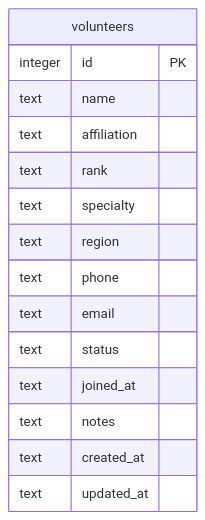
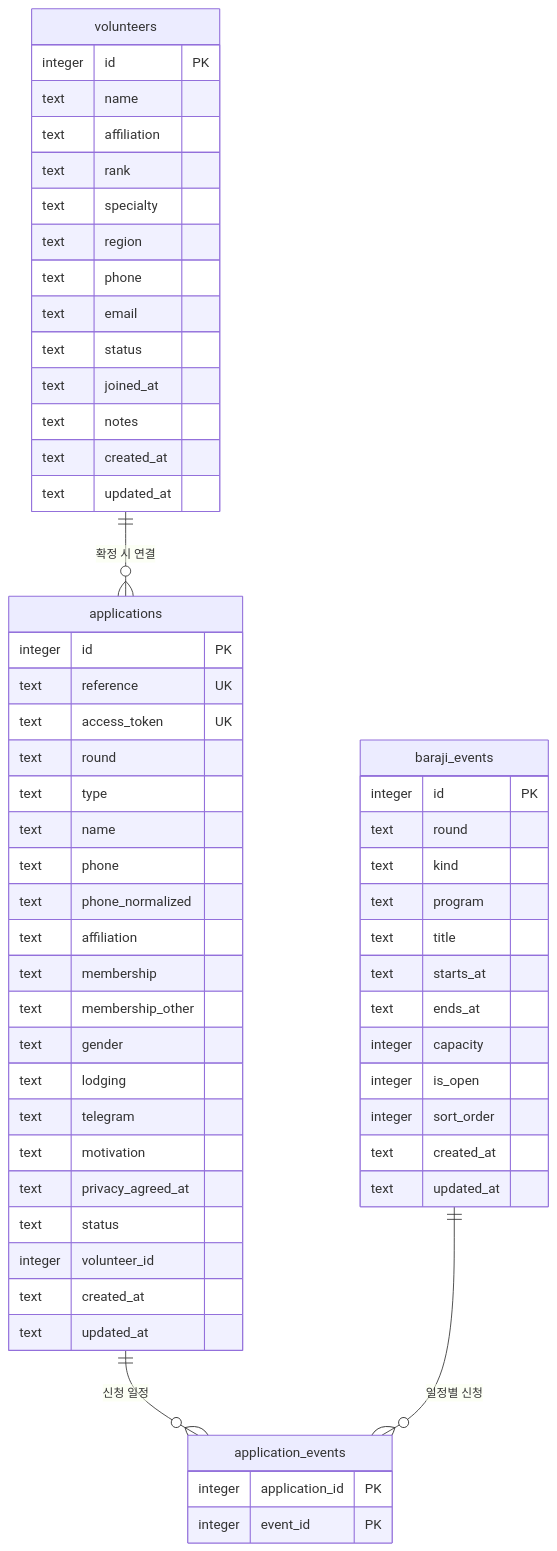
The diagram in docs/03_data-model.md (jungto-youth/military-dharma), drawn with Mermaid before and after one commit. The commit also changed other lines of this file and 44 other files, not shown here.

First line of the commit message:
feat: add 2026 baraji recruitment site and application admin

````diff
--- a/docs/03_data-model.md
+++ b/docs/03_data-model.md
@@ -7,18 +5,65 @@
 ```mermaid
 erDiagram
+  volunteers ||--o{ applications : "확정 시 연결"
+  applications ||--o{ application_events : "신청 일정"
+  baraji_events ||--o{ application_events : "일정별 신청"
+
   volunteers {
     integer id PK
     text name
     text affiliation
     text rank
     text specialty
     text region
     text phone
     text email
     text status
     text joined_at
     text notes
     text created_at
     text updated_at
   }
+
+  applications {
+    integer id PK
+    text reference UK
+    text access_token UK
+    text round
+    text type
+    text name
+    text phone
+    text phone_normalized
+    text affiliation
+    text membership
+    text membership_other
+    text gender
+    text lodging
+    text telegram
+    text motivation
+    text privacy_agreed_at
+    text status
+    integer volunteer_id
+    text created_at
+    text updated_at
+  }
+
+  baraji_events {
+    integer id PK
+    text round
+    text kind
+    text program
+    text title
+    text starts_at
+    text ends_at
+    integer capacity
+    integer is_open
+    integer sort_order
+    text created_at
+    text updated_at
+  }
+
+  application_events {
+    integer application_id PK
+    integer event_id PK
+  }
 ```
````
